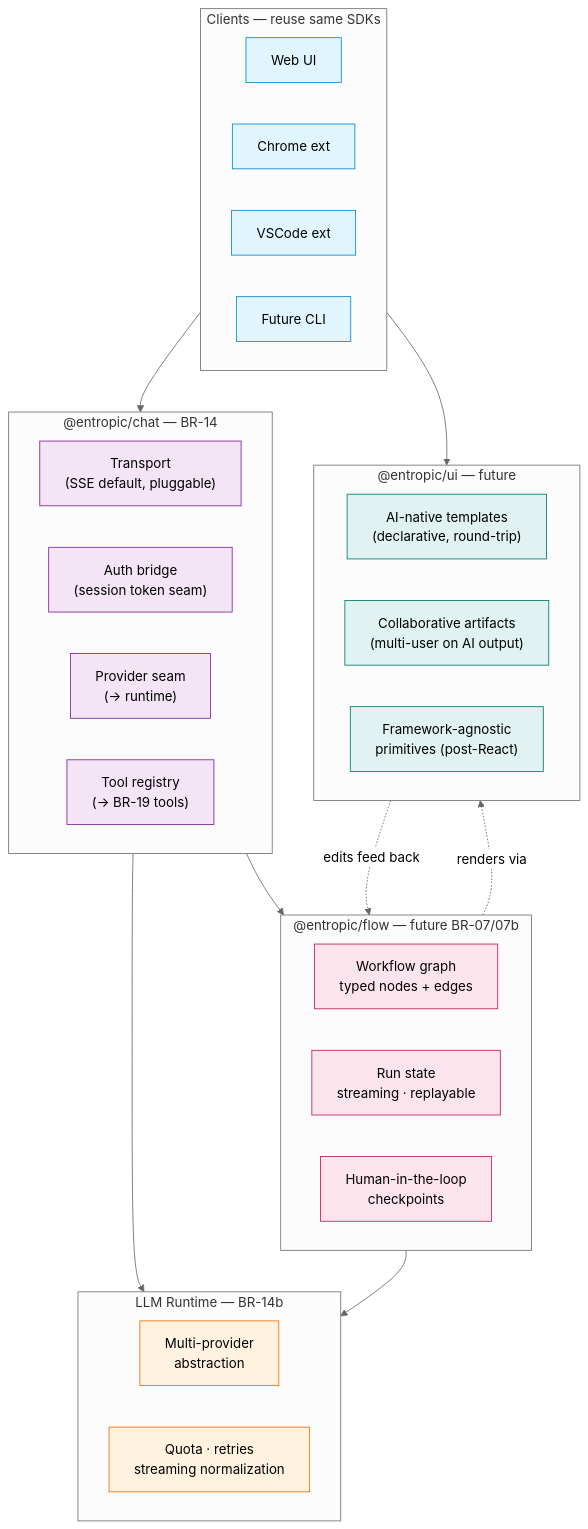
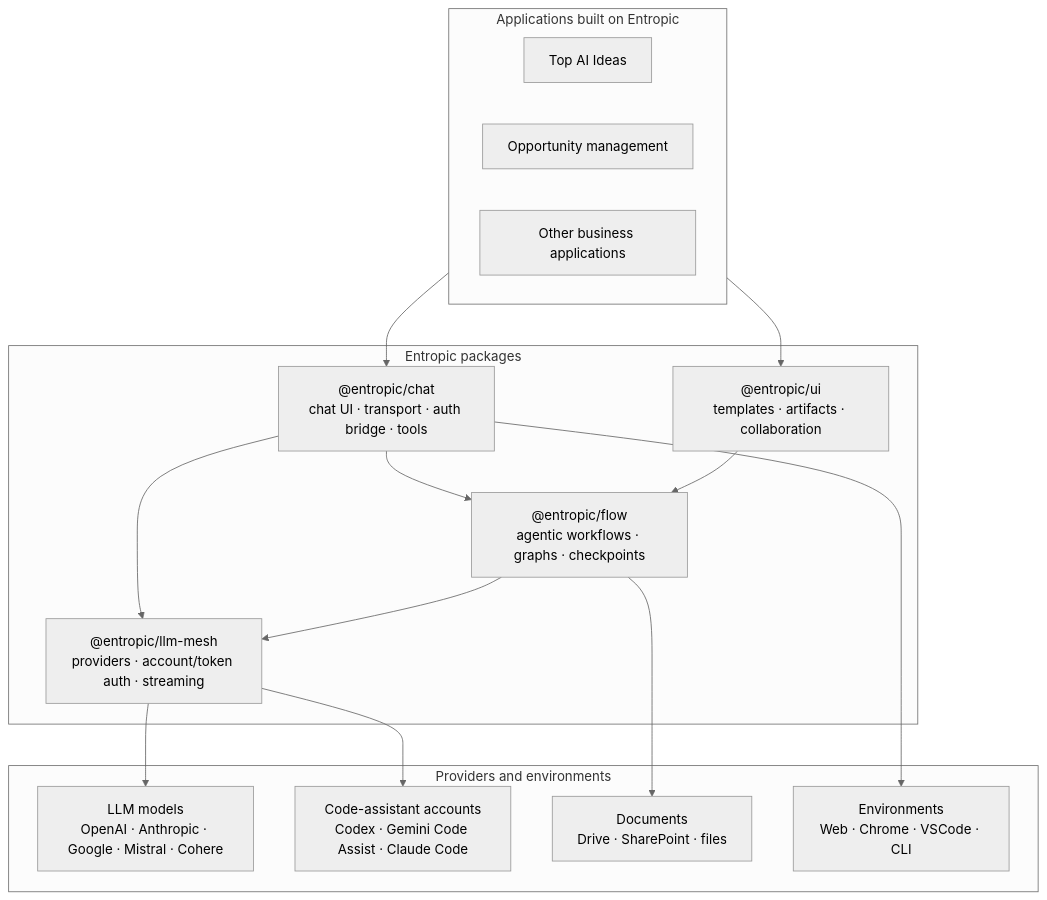
Before and after one commit to rhanka/sentropic: the second of 2 diagrams in README.md, drawn with Mermaid (neutral theme). The commit also changed other lines of this file and 4 other files, not shown here.

````diff
--- a/README.md
+++ b/README.md
@@ -183,53 +125,33 @@
 ```mermaid
 flowchart TB
-    subgraph Clients["Clients — reuse same SDKs"]
-        WebC["Web UI"]
-        ChromeC["Chrome ext"]
-        VSCodeC["VSCode ext"]
-        CLI["Future CLI"]
+    subgraph Apps["Applications built on Entropic"]
+        TopAI["Top AI Ideas"]
+        Opportunity["Opportunity management"]
+        Future["Other business applications"]
     end
 
-    subgraph ChatSDK["@entropic/chat — BR-14"]
-        Transport["Transport<br/>(SSE default, pluggable)"]
-        AuthBridge["Auth bridge<br/>(session token seam)"]
-        ProviderSeam["Provider seam<br/>(→ runtime)"]
-        ToolReg["Tool registry<br/>(→ BR-19 tools)"]
+    subgraph Packages["Entropic packages"]
+        EntropicMesh["@entropic/llm-mesh<br/>providers · account/token auth · streaming"]
+        EntropicChat["@entropic/chat<br/>chat UI · transport · auth bridge · tools"]
+        EntropicFlow["@entropic/flow<br/>agentic workflows · graphs · checkpoints"]
+        EntropicUI["@entropic/ui<br/>templates · artifacts · collaboration"]
     end
 
-    subgraph Flow["@entropic/flow — future BR-07/07b"]
-        Graph["Workflow graph<br/>typed nodes + edges"]
-        State["Run state<br/>streaming · replayable"]
-        HITL["Human-in-the-loop<br/>checkpoints"]
+    subgraph Providers["Providers and environments"]
+        Models["LLM models<br/>OpenAI · Anthropic · Google · Mistral · Cohere"]
+        CodeAssist["Code-assistant accounts<br/>Codex · Gemini Code Assist · Claude Code"]
+        Docs["Documents<br/>Drive · SharePoint · files"]
+        DevTools["Environments<br/>Web · Chrome · VSCode · CLI"]
     end
 
-    subgraph UI["@entropic/ui — future"]
-        Tpl["AI-native templates<br/>(declarative, round-trip)"]
-        Collab["Collaborative artifacts<br/>(multi-user on AI output)"]
-        Primitives["Framework-agnostic<br/>primitives (post-React)"]
-    end
-
-    subgraph Runtime["LLM Runtime — BR-14b"]
-        MultiLLM["Multi-provider<br/>abstraction"]
-        Quota["Quota · retries<br/>streaming normalization"]
-    end
-
-    Clients --> ChatSDK
-    Clients --> UI
-
-    ChatSDK --> Flow
-    ChatSDK --> Runtime
-    Flow --> Runtime
-    Flow -.->|renders via| UI
-    UI -.->|edits feed back| Flow
-
-    classDef clients fill:#e1f5fe,stroke:#0288d1
-    classDef sdk fill:#f3e5f5,stroke:#7b1fa2
-    classDef flow fill:#fce4ec,stroke:#c2185b
-    classDef ui fill:#e0f2f1,stroke:#00796b
-    classDef rt fill:#fff3e0,stroke:#ef6c00
-    class WebC,ChromeC,VSCodeC,CLI clients
-    class Transport,AuthBridge,ProviderSeam,ToolReg sdk
-    class Graph,State,HITL flow
-    class Tpl,Collab,Primitives ui
-    class MultiLLM,Quota rt
+    Apps --> EntropicChat
+    Apps --> EntropicUI
+    EntropicChat --> EntropicFlow
+    EntropicChat --> EntropicMesh
+    EntropicFlow --> EntropicMesh
+    EntropicUI --> EntropicFlow
+    EntropicMesh --> Models
+    EntropicMesh --> CodeAssist
+    EntropicFlow --> Docs
+    EntropicChat --> DevTools
 ```
````
